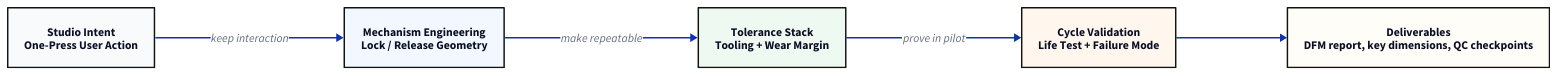
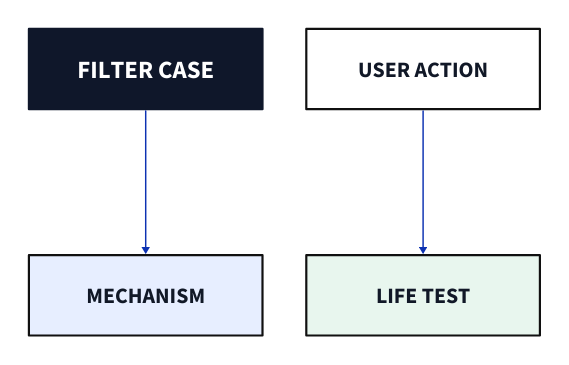
One commit to shenlian583-afk/tianan changed the diagram in assets/covers/d2/cover-filter.d2. Above: the diagram before and after it, drawn with D2. The commit also changed 23 other files, not shown here.

```diff
--- a/assets/covers/d2/cover-filter.d2
+++ b/assets/covers/d2/cover-filter.d2
@@ -1,42 +1,58 @@
-direction: right
+direction: down
 
-intent: {
-  label: "Studio Intent\nOne-Press User Action"
-  style.fill: "#F9FAFC"
-  style.stroke: "#121212"
-  style.stroke-width: 2
+r1: {
+  label: ""
+  style.stroke-width: 0
+  style.fill: "transparent"
+  direction: right
+  a: {
+    label: "FILTER CASE"
+    width: 320
+    height: 110
+    style.fill: "#0F172A"
+    style.stroke: "#0F172A"
+    style.stroke-width: 3
+    style.font-color: "#FFFFFF"
+    style.font-size: 34
+  }
+  b: {
+    label: "USER ACTION"
+    width: 320
+    height: 110
+    style.fill: "#FFFFFF"
+    style.stroke: "#101010"
+    style.stroke-width: 3
+    style.font-size: 30
+    style.font-color: "#111827"
+  }
 }
 
-mechanism: {
-  label: "Mechanism Engineering\nLock / Release Geometry"
-  style.fill: "#F3F7FF"
-  style.stroke: "#121212"
-  style.stroke-width: 2
+r2: {
+  label: ""
+  style.stroke-width: 0
+  style.fill: "transparent"
+  direction: right
+  c: {
+    label: "MECHANISM"
+    width: 320
+    height: 110
+    style.fill: "#E7EEFF"
+    style.stroke: "#101010"
+    style.stroke-width: 3
+    style.font-size: 30
+    style.font-color: "#111827"
+  }
+  d: {
+    label: "LIFE TEST"
+    width: 320
+    height: 110
+    style.fill: "#E8F6EE"
+    style.stroke: "#101010"
+    style.stroke-width: 3
+    style.font-size: 30
+    style.font-color: "#111827"
+  }
 }
 
-tolerance: {
-  label: "Tolerance Stack\nTooling + Wear Margin"
-  style.fill: "#EEF9F2"
-  style.stroke: "#121212"
-  style.stroke-width: 2
-}
-
-validation: {
-  label: "Cycle Validation\nLife Test + Failure Mode"
-  style.fill: "#FFF6EE"
-  style.stroke: "#121212"
-  style.stroke-width: 2
-}
-
-intent -> mechanism: "keep interaction"
-mechanism -> tolerance: "make repeatable"
-tolerance -> validation: "prove in pilot"
-
-note: {
-  label: "Deliverables\nDFM report, key dimensions, QC checkpoints"
-  style.fill: "#FFFDF7"
-  style.stroke: "#121212"
-  style.stroke-width: 2
-}
-
-validation -> note
+r1.a -> r2.c
+r1.b -> r2.d
```
